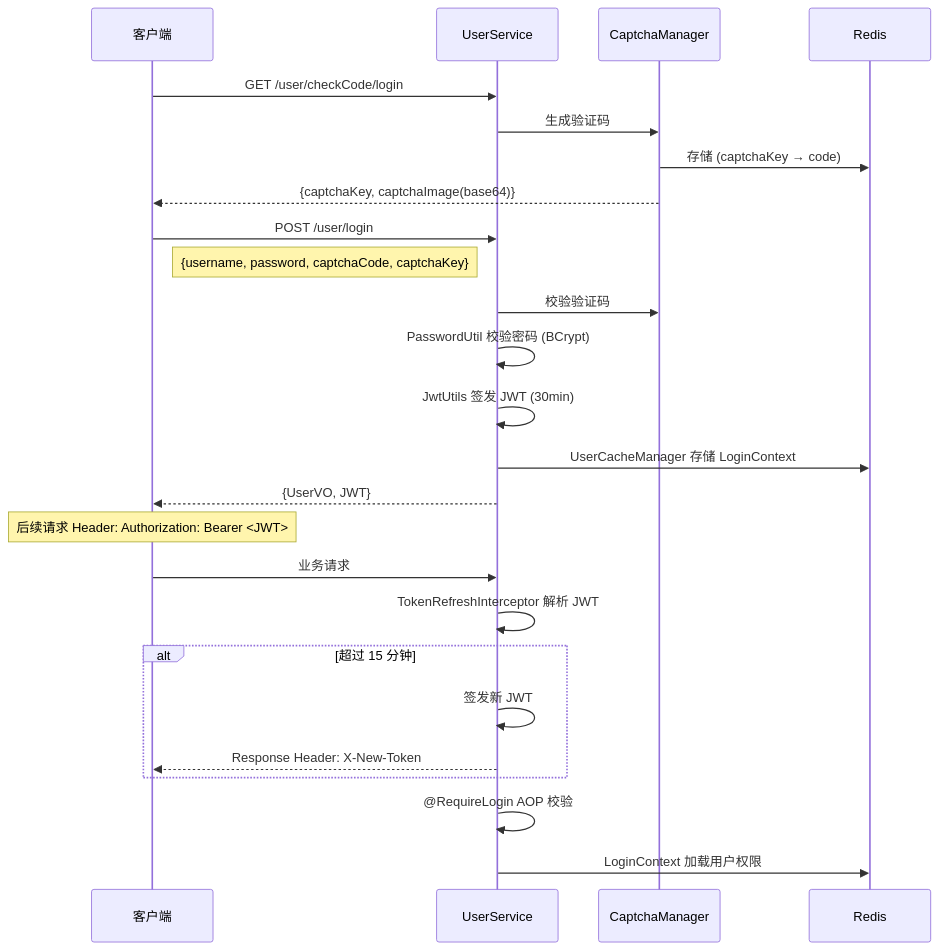
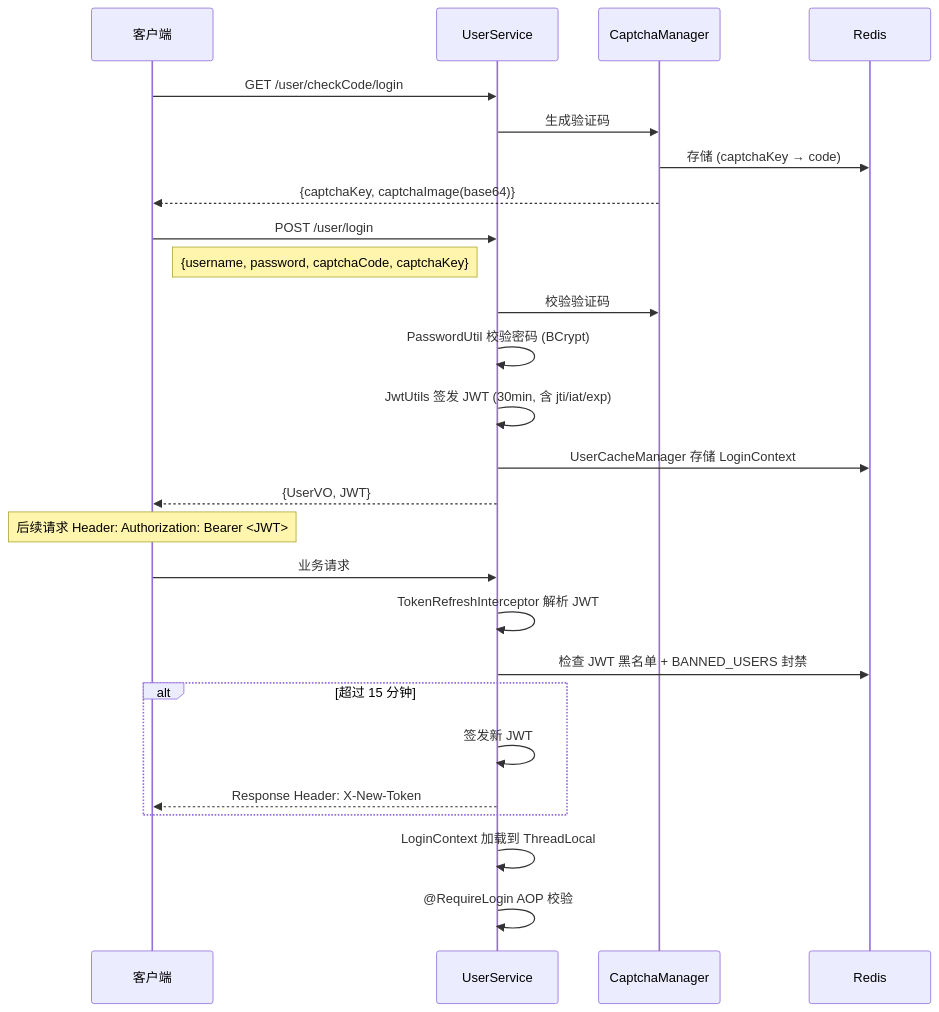
One commit to FishDuM/AI.Image.Material.Collaboration.Platform changed the fourth of 8 diagrams in model/uml_diagrams.md. Above: the diagram before and after it, drawn with Mermaid. The commit also changed other lines of this file and 3 other files, not shown here.

````diff
--- a/model/uml_diagrams.md
+++ b/model/uml_diagrams.md
@@ -556,31 +581,32 @@
 ```mermaid
 sequenceDiagram
     participant C as 客户端
     participant S as UserService
     participant CM as CaptchaManager
     participant R as Redis
 
     C->>S: GET /user/checkCode/login
     S->>CM: 生成验证码
     CM->>R: 存储 (captchaKey → code)
     CM-->>C: {captchaKey, captchaImage(base64)}
 
     C->>S: POST /user/login
     Note right of C: {username, password, captchaCode, captchaKey}
     S->>CM: 校验验证码
     S->>S: PasswordUtil 校验密码 (BCrypt)
-    S->>S: JwtUtils 签发 JWT (30min)
+    S->>S: JwtUtils 签发 JWT (30min, 含 jti/iat/exp)
     S->>R: UserCacheManager 存储 LoginContext
     S-->>C: {UserVO, JWT}
 
     Note over C: 后续请求 Header: Authorization: Bearer <JWT>
 
     C->>S: 业务请求
     S->>S: TokenRefreshInterceptor 解析 JWT
+    S->>R: 检查 JWT 黑名单 + BANNED_USERS 封禁
     alt 超过 15 分钟
         S->>S: 签发新 JWT
         S-->>C: Response Header: X-New-Token
     end
+    S->>S: LoginContext 加载到 ThreadLocal
     S->>S: @RequireLogin AOP 校验
-    S->>R: LoginContext 加载用户权限
 ```
````
